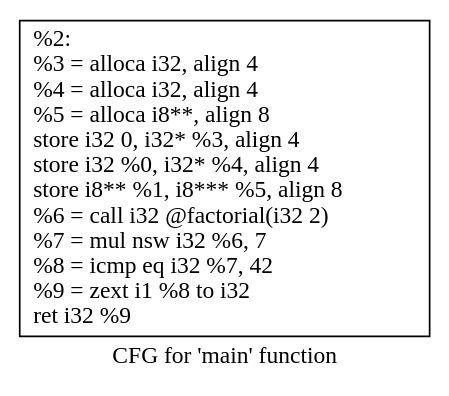
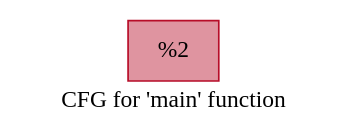
The diagram in 10-llvm/factorial/factorial1/.main.dot (courses-at-nju-by-hfwei/learning-llvm), drawn with Graphviz before and after one commit. The commit also changed 72 other files, not shown here.

```diff
--- a/10-llvm/factorial/factorial1/.main.dot
+++ b/10-llvm/factorial/factorial1/.main.dot
@@ -1,5 +1,5 @@
 digraph "CFG for 'main' function" {
 	label="CFG for 'main' function";
 
-	Node0xd73460 [shape=record,label="{%2:\l  %3 = alloca i32, align 4\l  %4 = alloca i32, align 4\l  %5 = alloca i8**, align 8\l  store i32 0, i32* %3, align 4\l  store i32 %0, i32* %4, align 4\l  store i8** %1, i8*** %5, align 8\l  %6 = call i32 @factorial(i32 2)\l  %7 = mul nsw i32 %6, 7\l  %8 = icmp eq i32 %7, 42\l  %9 = zext i1 %8 to i32\l  ret i32 %9\l}"];
+	Node0x1dc4bfc16a0 [shape=record,color="#b70d28ff", style=filled, fillcolor="#b70d2870",label="{%2}"];
 }
```
